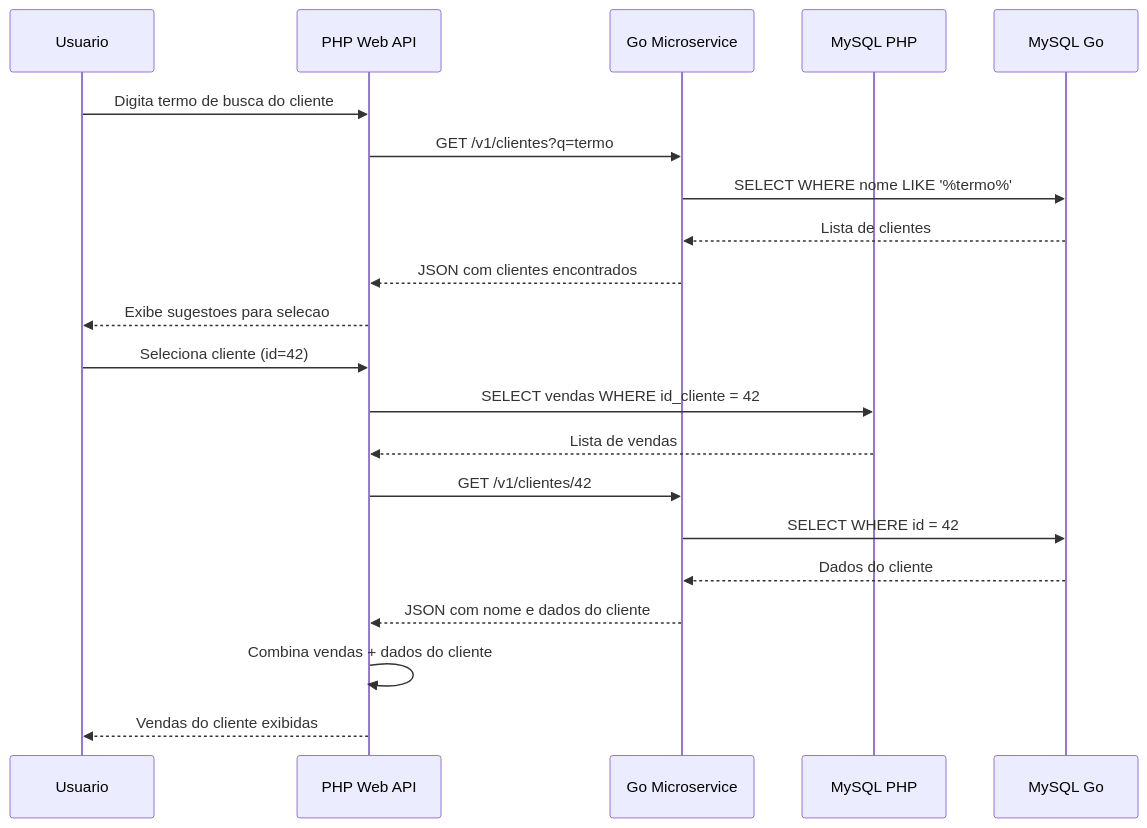
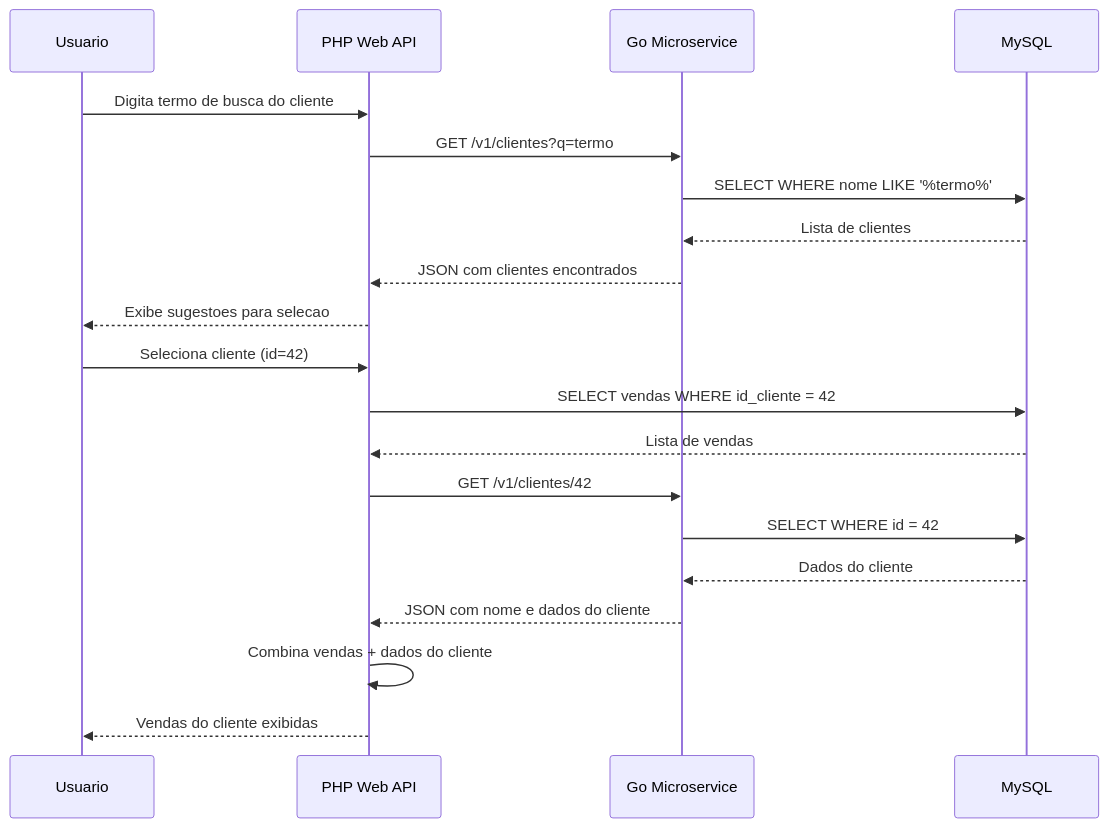
One commit to sirioneto-bling/devpool_modulo_03 changed the fourth of 5 diagrams in README.md. Above: the diagram before and after it, drawn with Mermaid. The commit also changed other lines of this file, not shown here.

````diff
--- a/README.md
+++ b/README.md
@@ -106,25 +102,24 @@
 ```mermaid
 sequenceDiagram
     participant User as Usuario
     participant PhpAPI as PHP Web API
     participant GoAPI as Go Microservice
-    participant MySQLPhp as MySQL PHP
-    participant MySQLGo as MySQL Go
+    participant MySQL as MySQL
 
     User->>PhpAPI: Digita termo de busca do cliente
     PhpAPI->>GoAPI: GET /v1/clientes?q=termo
-    GoAPI->>MySQLGo: SELECT WHERE nome LIKE '%termo%'
-    MySQLGo-->>GoAPI: Lista de clientes
+    GoAPI->>MySQL: SELECT WHERE nome LIKE '%termo%'
+    MySQL-->>GoAPI: Lista de clientes
     GoAPI-->>PhpAPI: JSON com clientes encontrados
     PhpAPI-->>User: Exibe sugestoes para selecao
 
     User->>PhpAPI: Seleciona cliente (id=42)
-    PhpAPI->>MySQLPhp: SELECT vendas WHERE id_cliente = 42
-    MySQLPhp-->>PhpAPI: Lista de vendas
+    PhpAPI->>MySQL: SELECT vendas WHERE id_cliente = 42
+    MySQL-->>PhpAPI: Lista de vendas
     PhpAPI->>GoAPI: GET /v1/clientes/42
-    GoAPI->>MySQLGo: SELECT WHERE id = 42
-    MySQLGo-->>GoAPI: Dados do cliente
+    GoAPI->>MySQL: SELECT WHERE id = 42
+    MySQL-->>GoAPI: Dados do cliente
     GoAPI-->>PhpAPI: JSON com nome e dados do cliente
     PhpAPI->>PhpAPI: Combina vendas + dados do cliente
     PhpAPI-->>User: Vendas do cliente exibidas
 ```
````
